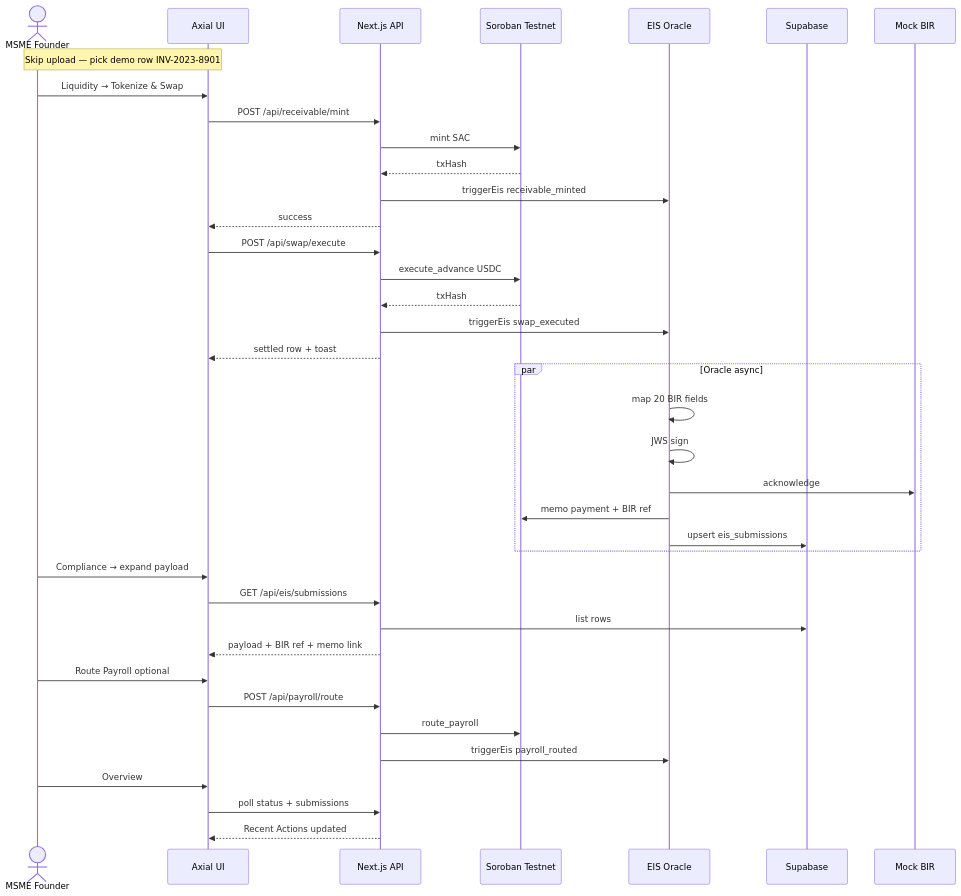
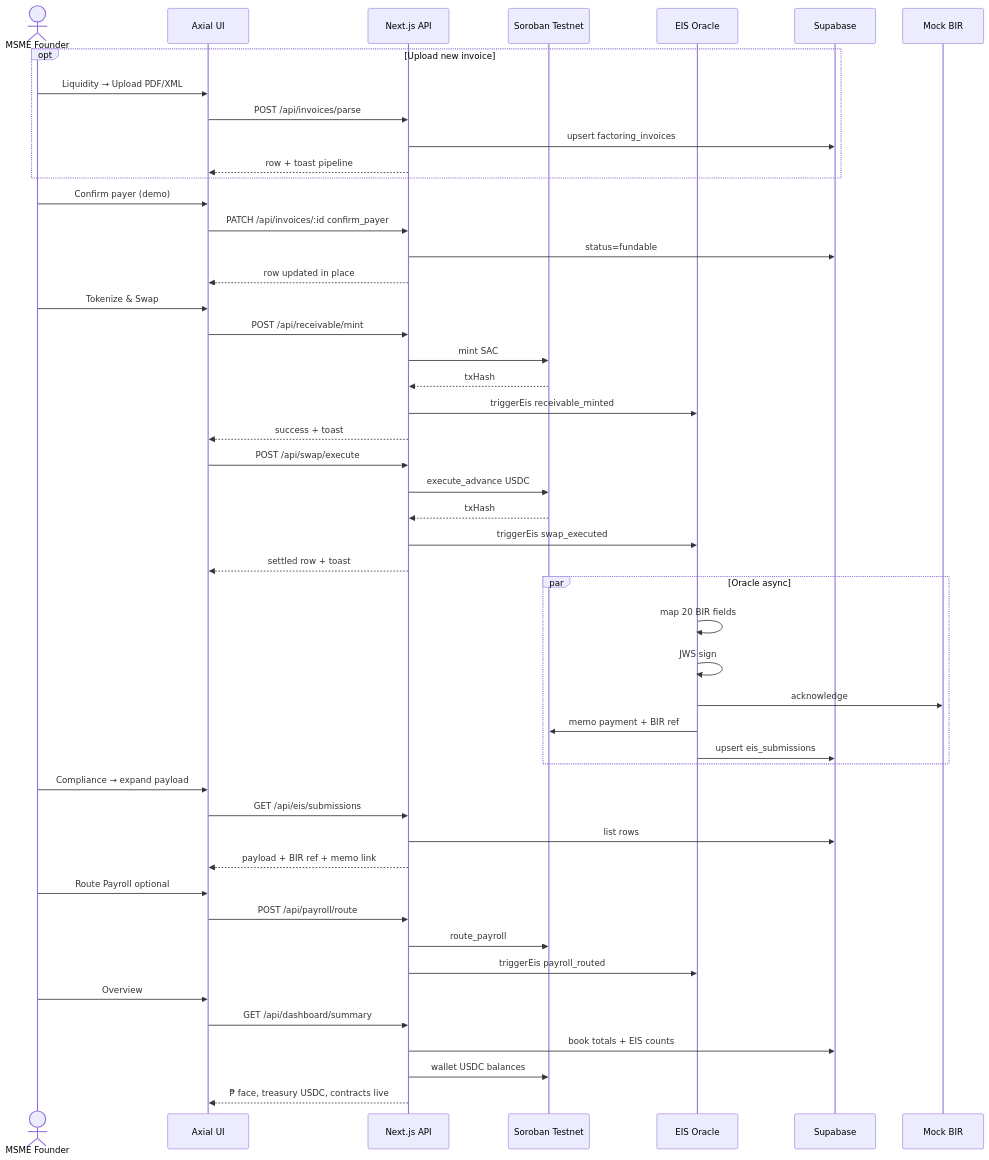
The third of 8 diagrams in docs/flow.md (Axon-Enjin/axial), drawn with Mermaid before and after one commit. The commit also changed other lines of this file and 37 other files, not shown here.

First line of the commit message:
feat(web): factoring book, live dashboard, and Vercel deploy prep

````diff
--- a/docs/flow.md
+++ b/docs/flow.md
@@ -109,47 +113,59 @@
 ```mermaid
 sequenceDiagram
   actor MSME as MSME Founder
   participant UI as Axial UI
   participant API as Next.js API
   participant SC as Soroban Testnet
   participant OR as EIS Oracle
   participant DB as Supabase
   participant BIR as Mock BIR
 
-  Note over MSME,UI: Skip upload — pick demo row INV-2023-8901
+  opt Upload new invoice
+    MSME->>UI: Liquidity → Upload PDF/XML
+    UI->>API: POST /api/invoices/parse
+    API->>DB: upsert factoring_invoices
+    API-->>UI: row + toast pipeline
+  end
 
-  MSME->>UI: Liquidity → Tokenize & Swap
+  MSME->>UI: Confirm payer (demo)
+  UI->>API: PATCH /api/invoices/:id confirm_payer
+  API->>DB: status=fundable
+  API-->>UI: row updated in place
+
+  MSME->>UI: Tokenize & Swap
   UI->>API: POST /api/receivable/mint
   API->>SC: mint SAC
   SC-->>API: txHash
   API->>OR: triggerEis receivable_minted
-  API-->>UI: success
+  API-->>UI: success + toast
 
   UI->>API: POST /api/swap/execute
   API->>SC: execute_advance USDC
   SC-->>API: txHash
   API->>OR: triggerEis swap_executed
   API-->>UI: settled row + toast
 
   par Oracle async
     OR->>OR: map 20 BIR fields
     OR->>OR: JWS sign
     OR->>BIR: acknowledge
     OR->>SC: memo payment + BIR ref
     OR->>DB: upsert eis_submissions
   end
 
   MSME->>UI: Compliance → expand payload
   UI->>API: GET /api/eis/submissions
   API->>DB: list rows
   API-->>UI: payload + BIR ref + memo link
 
   MSME->>UI: Route Payroll optional
   UI->>API: POST /api/payroll/route
   API->>SC: route_payroll
   API->>OR: triggerEis payroll_routed
 
   MSME->>UI: Overview
-  UI->>API: poll status + submissions
-  API-->>UI: Recent Actions updated
+  UI->>API: GET /api/dashboard/summary
+  API->>DB: book totals + EIS counts
+  API->>SC: wallet USDC balances
+  API-->>UI: ₱ face, treasury USDC, contracts live
 ```
````
